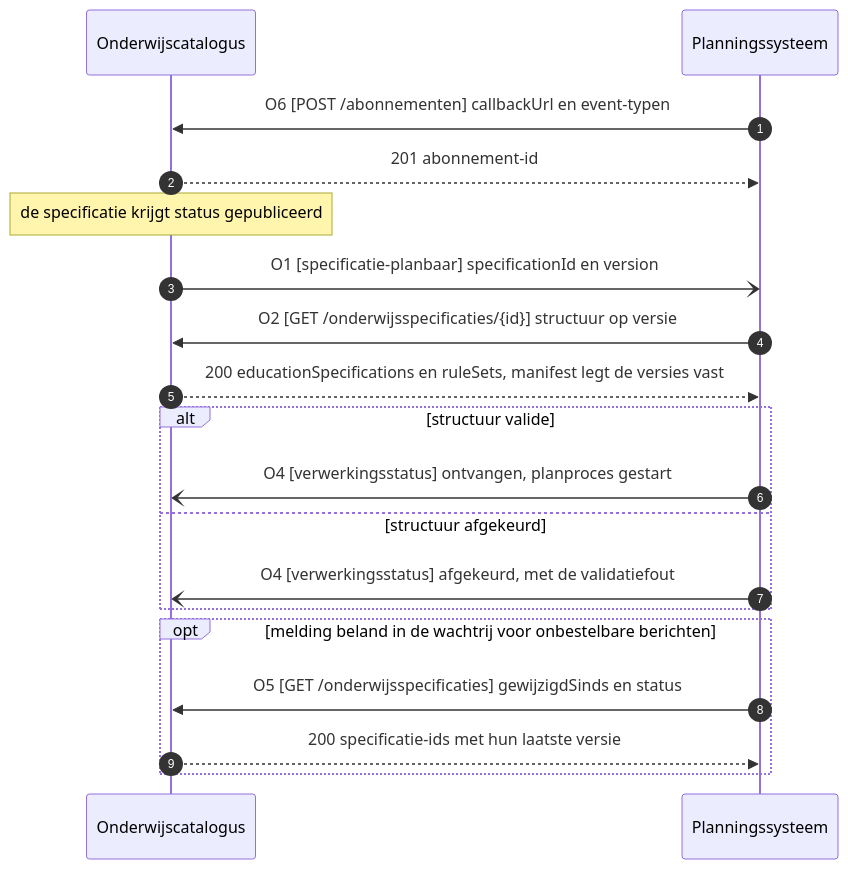
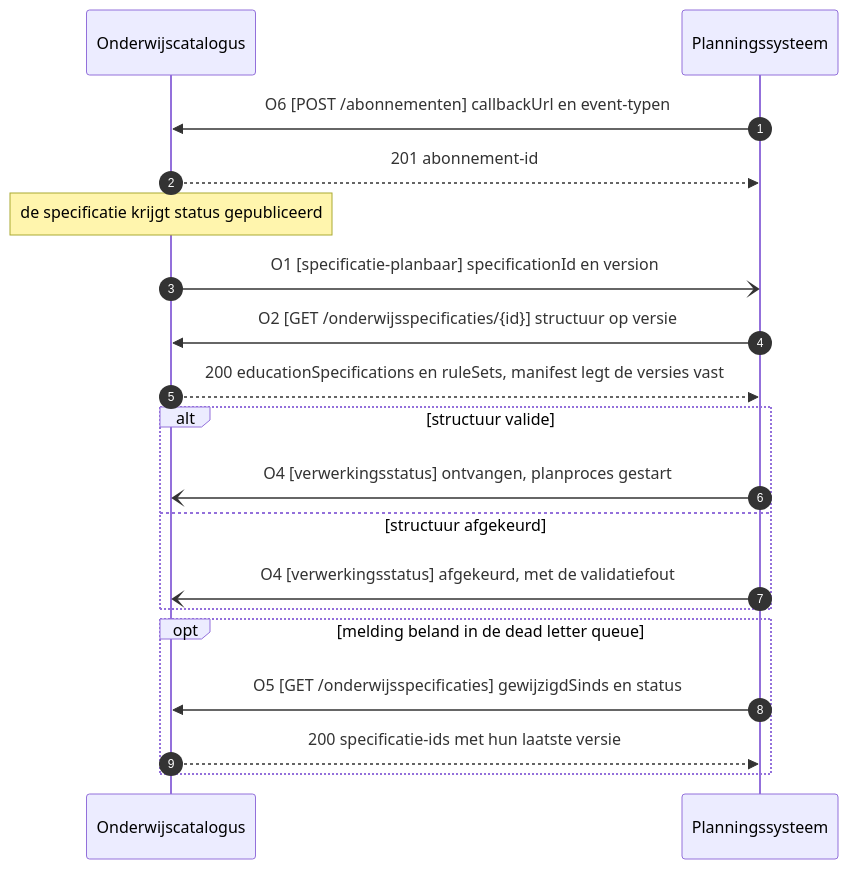
One commit to Npuls-OKx/meta changed the first of 10 diagrams in architecture/docs/specificatie/interactie-onderwijsaanbod/is-oa-03.md. Above: the diagram before and after it, drawn with Mermaid. The commit also changed other lines of this file and 33 other files, not shown here.

````diff
--- a/architecture/docs/specificatie/interactie-onderwijsaanbod/is-oa-03.md
+++ b/architecture/docs/specificatie/interactie-onderwijsaanbod/is-oa-03.md
@@ -46,22 +46,22 @@
 ```mermaid
 sequenceDiagram
     autonumber
     participant OC as Onderwijscatalogus
     participant PL as Planningssysteem
 
     PL->>OC: O6 [POST /abonnementen] callbackUrl en event-typen
     OC-->>PL: 201 abonnement-id
     Note over OC: de specificatie krijgt status gepubliceerd
     OC-)PL: O1 [specificatie-planbaar] specificationId en version
     PL->>OC: O2 [GET /onderwijsspecificaties/{id}] structuur op versie
     OC-->>PL: 200 educationSpecifications en ruleSets, manifest legt de versies vast
     alt structuur valide
         PL-)OC: O4 [verwerkingsstatus] ontvangen, planproces gestart
     else structuur afgekeurd
         PL-)OC: O4 [verwerkingsstatus] afgekeurd, met de validatiefout
     end
-    opt melding beland in de wachtrij voor onbestelbare berichten
+    opt melding beland in de dead letter queue
         PL->>OC: O5 [GET /onderwijsspecificaties] gewijzigdSinds en status
         OC-->>PL: 200 specificatie-ids met hun laatste versie
     end
 ```
````
